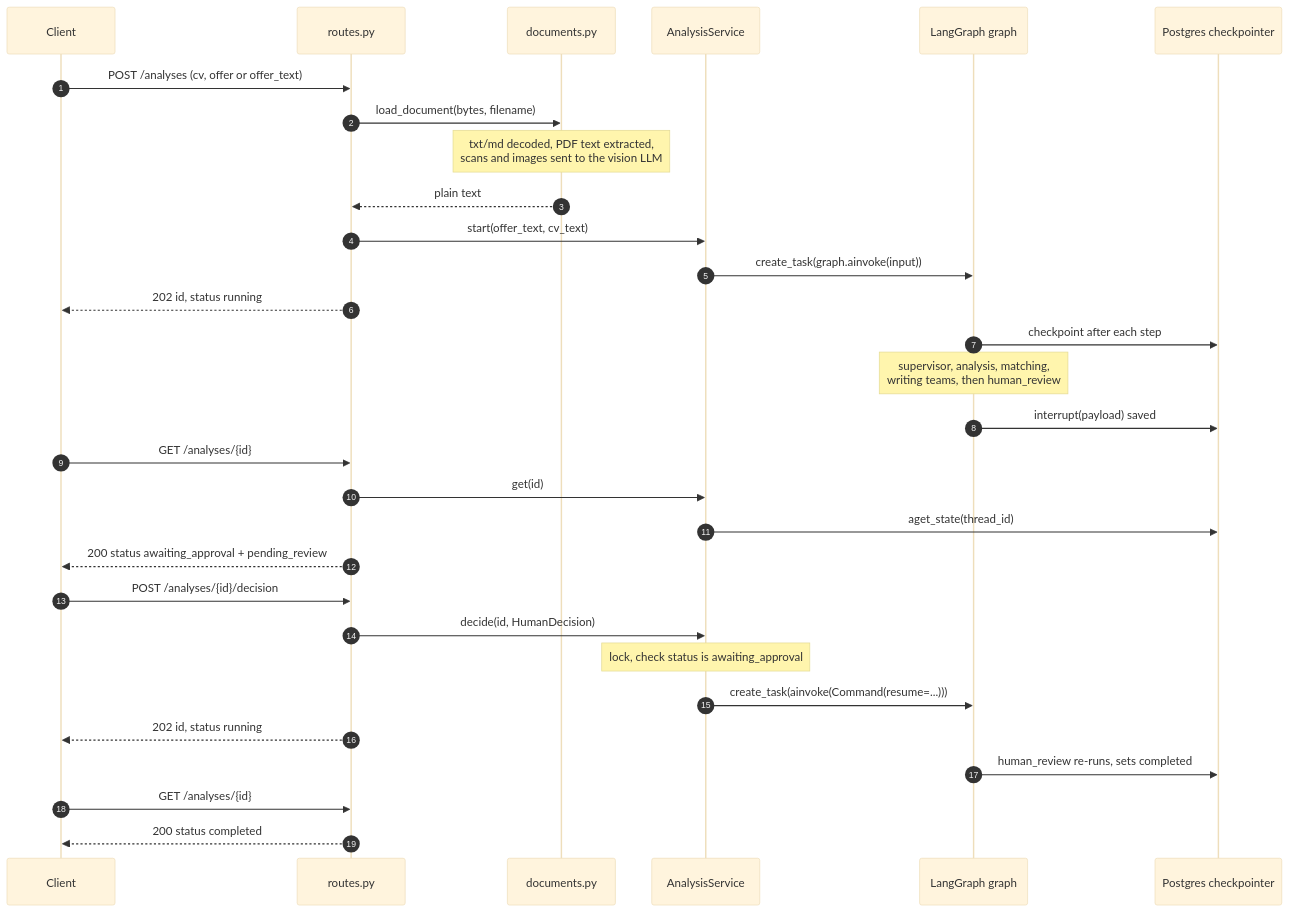
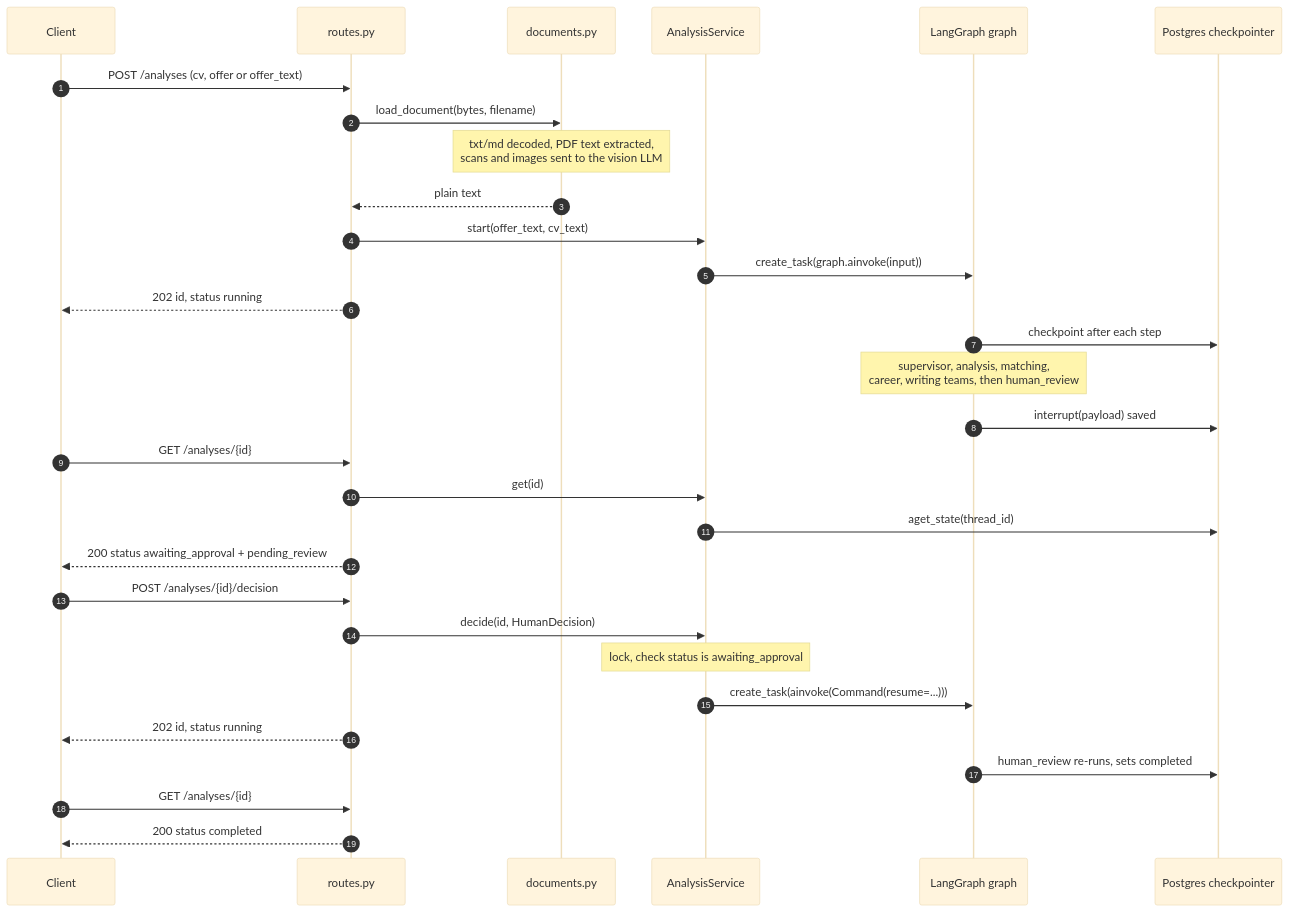
One commit to DHoudetot-Cyril/jobmatch-agent changed the second of 5 diagrams in docs/architecture.md. Above: the diagram before and after it, drawn with Mermaid (base theme). The commit also changed other lines of this file and 9 other files, not shown here.

````diff
--- a/docs/architecture.md
+++ b/docs/architecture.md
@@ -77,33 +78,33 @@
 ```mermaid
 sequenceDiagram
     autonumber
     participant C as Client
     participant R as routes.py
     participant D as documents.py
     participant S as AnalysisService
     participant G as LangGraph graph
     participant P as Postgres checkpointer
 
     C->>R: POST /analyses (cv, offer or offer_text)
     R->>D: load_document(bytes, filename)
     Note over D: txt/md decoded, PDF text extracted,<br/>scans and images sent to the vision LLM
     D-->>R: plain text
     R->>S: start(offer_text, cv_text)
     S->>G: create_task(graph.ainvoke(input))
     R-->>C: 202 id, status running
     G->>P: checkpoint after each step
-    Note over G: supervisor, analysis, matching,<br/>writing teams, then human_review
+    Note over G: supervisor, analysis, matching,<br/>career, writing teams, then human_review
     G->>P: interrupt(payload) saved
     C->>R: GET /analyses/{id}
     R->>S: get(id)
     S->>P: aget_state(thread_id)
     R-->>C: 200 status awaiting_approval + pending_review
     C->>R: POST /analyses/{id}/decision
     R->>S: decide(id, HumanDecision)
     Note over S: lock, check status is awaiting_approval
     S->>G: create_task(ainvoke(Command(resume=...)))
     R-->>C: 202 id, status running
     G->>P: human_review re-runs, sets completed
     C->>R: GET /analyses/{id}
     R-->>C: 200 status completed
 ```
````
